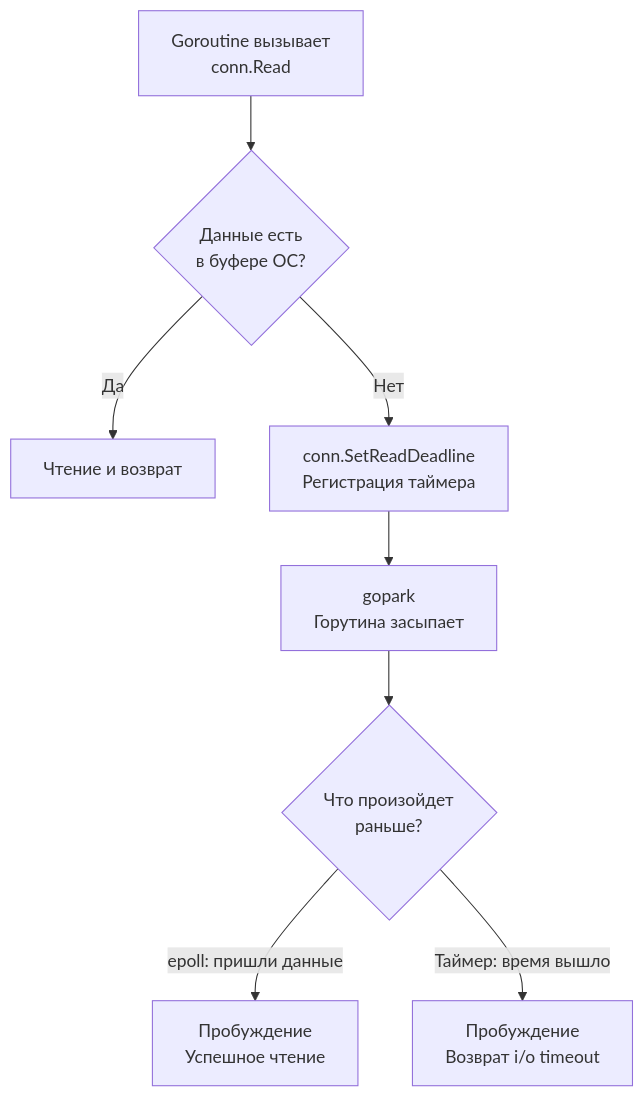
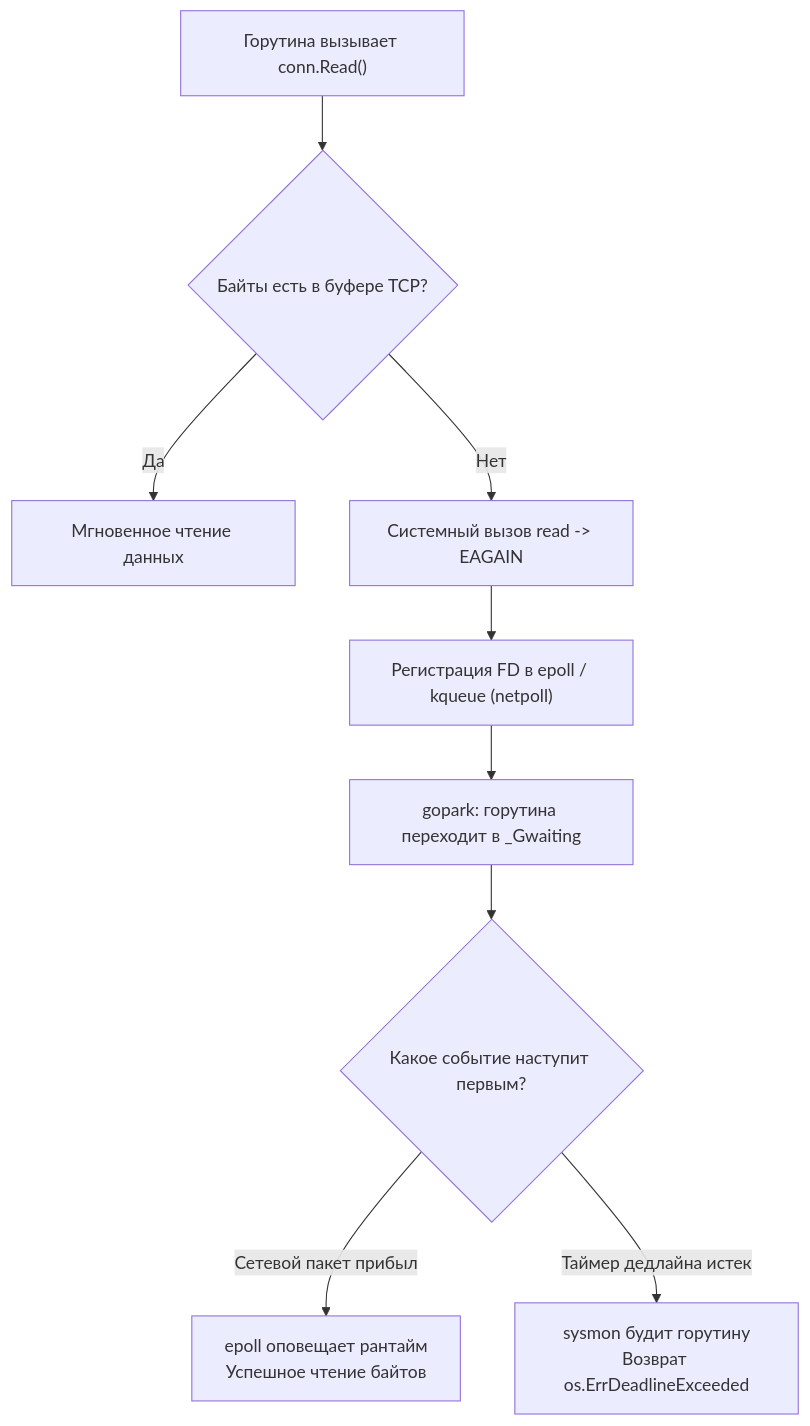
One commit to UnrealTemplier/go-textbook changed the third of 3 diagrams in sources/14. Распределенные системы на Go/05. Надежность/3. Timeout.md. Above: the diagram before and after it, drawn with Mermaid. The commit also changed other lines of this file, not shown here.

Commit message:
feat(module-14): editorial rewrite of lecture 3 (Timeout) in Subsection 5 in Kernighan style

````diff
--- a/sources/14. Распределенные системы на Go/05. Надежность/3. Timeout.md
+++ b/sources/14. Распределенные системы на Go/05. Надежность/3. Timeout.md
@@ -42,11 +68,12 @@
 ```mermaid
 flowchart TD
-    A["Goroutine вызывает<br>conn.Read"] --> B{"Данные есть<br>в буфере ОС?"}
-    B -->|Да| C["Чтение и возврат"]
-    B -->|Нет| D["conn.SetReadDeadline<br>Регистрация таймера"]
-    D --> E["gopark<br>Горутина засыпает"]
+    Call["Горутина вызывает conn.Read()"] --> Buffer{"Байты есть в буфере TCP?"}
+    Buffer -->|Да| DirectRead["Мгновенное чтение данных"]
+    Buffer -->|Нет| NonBlock["Системный вызов read -> EAGAIN"]
+    NonBlock --> Register["Регистрация FD в epoll / kqueue (netpoll)"]
+    Register --> Park["gopark: горутина переходит в _Gwaiting"]
     
-    E --> F{"Что произойдет<br>раньше?"}
-    F -->|epoll: пришли данные| G["Пробуждение<br>Успешное чтение"]
-    F -->|Таймер: время вышло| H["Пробуждение<br>Возврат i/o timeout"]
+    Park --> Event{"Какое событие наступит первым?"}
+    Event -->|"Сетевой пакет прибыл"| EpollWake["epoll оповещает рантайм<br/>Успешное чтение байтов"]
+    Event -->|"Таймер дедлайна истек"| TimerWake["sysmon будит горутину<br/>Возврат os.ErrDeadlineExceeded"]
 ```
````
